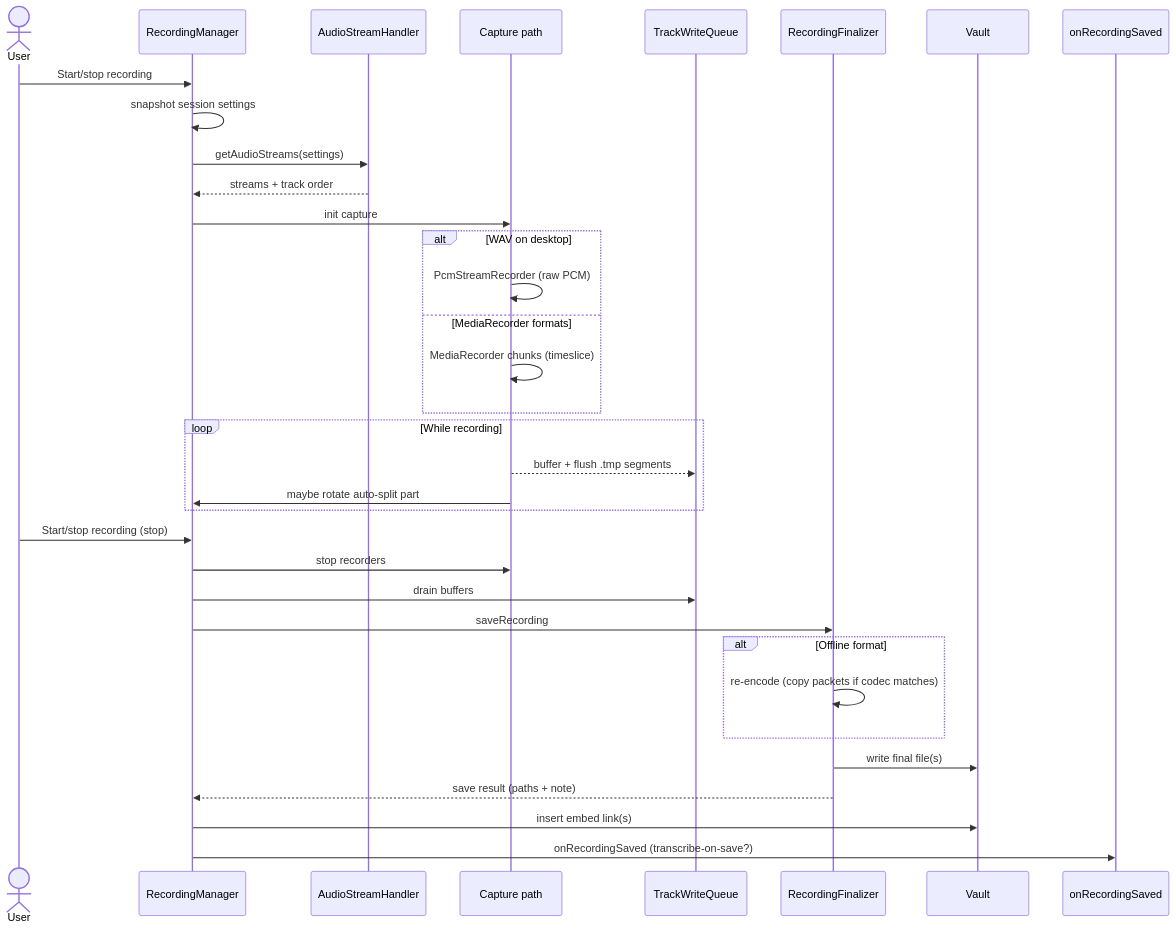
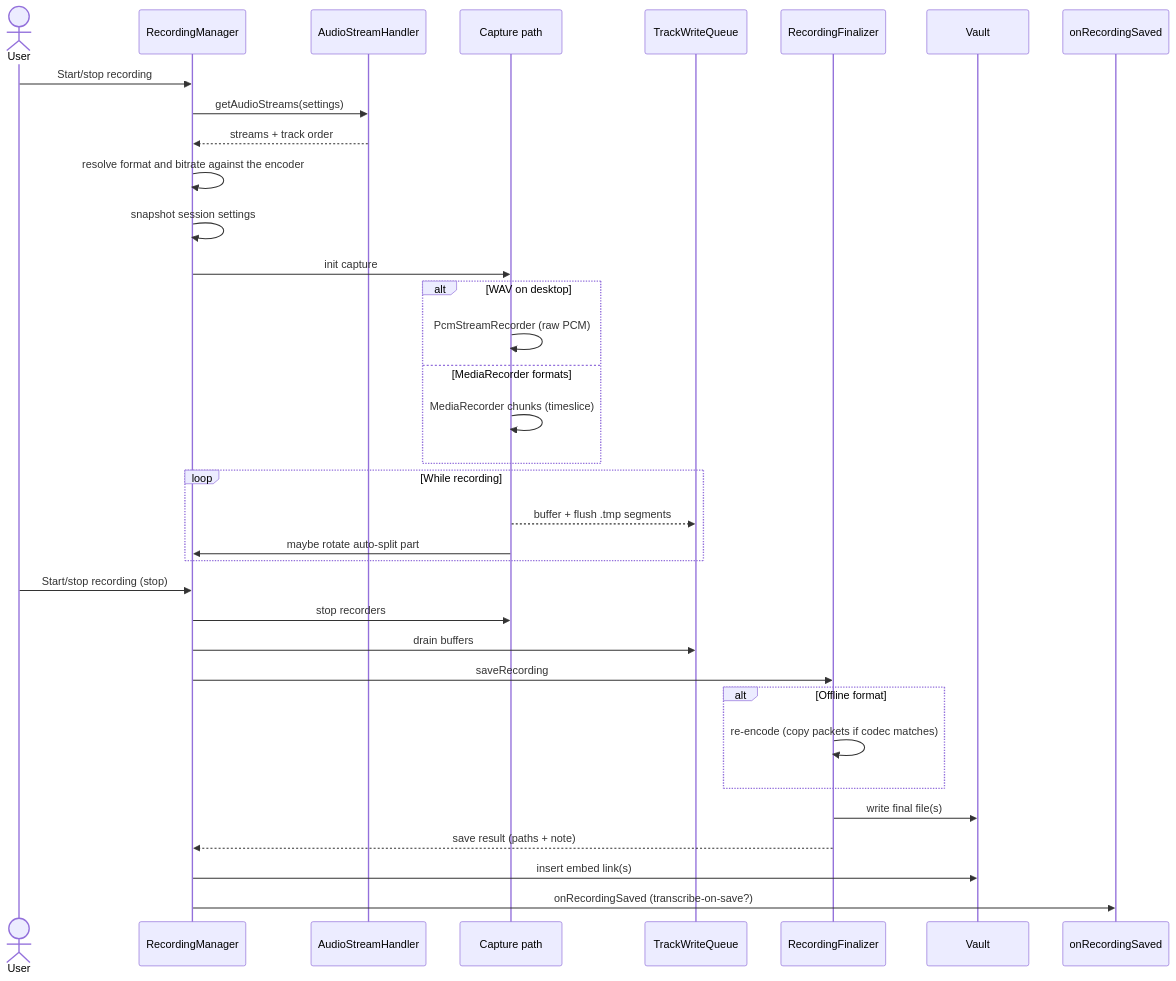
One commit to akhmialeuski/advanced-audio-recorder changed the third of 7 diagrams in docs/architecture.md. Above: the diagram before and after it, drawn with Mermaid. The commit also changed other lines of this file and 6 other files, not shown here.

````diff
--- a/docs/architecture.md
+++ b/docs/architecture.md
@@ -160,40 +162,41 @@
 ```mermaid
 sequenceDiagram
     actor User
     participant RM as RecordingManager
     participant Stream as AudioStreamHandler
     participant Cap as Capture path
     participant WQ as TrackWriteQueue
     participant Fin as RecordingFinalizer
     participant Vault as Vault
     participant Hook as onRecordingSaved
 
     User->>RM: Start/stop recording
-    RM->>RM: snapshot session settings
     RM->>Stream: getAudioStreams(settings)
     Stream-->>RM: streams + track order
+    RM->>RM: resolve format and bitrate against the encoder
+    RM->>RM: snapshot session settings
     RM->>Cap: init capture
 
     alt WAV on desktop
         Cap->>Cap: PcmStreamRecorder (raw PCM)
     else MediaRecorder formats
         Cap->>Cap: MediaRecorder chunks (timeslice)
     end
 
     loop While recording
         Cap-->>WQ: buffer + flush .tmp segments
         Cap->>RM: maybe rotate auto-split part
     end
 
     User->>RM: Start/stop recording (stop)
     RM->>Cap: stop recorders
     RM->>WQ: drain buffers
     RM->>Fin: saveRecording
     alt Offline format
         Fin->>Fin: re-encode (copy packets if codec matches)
     end
     Fin->>Vault: write final file(s)
     Fin-->>RM: save result (paths + note)
     RM->>Vault: insert embed link(s)
     RM->>Hook: onRecordingSaved (transcribe-on-save?)
 ```
````
